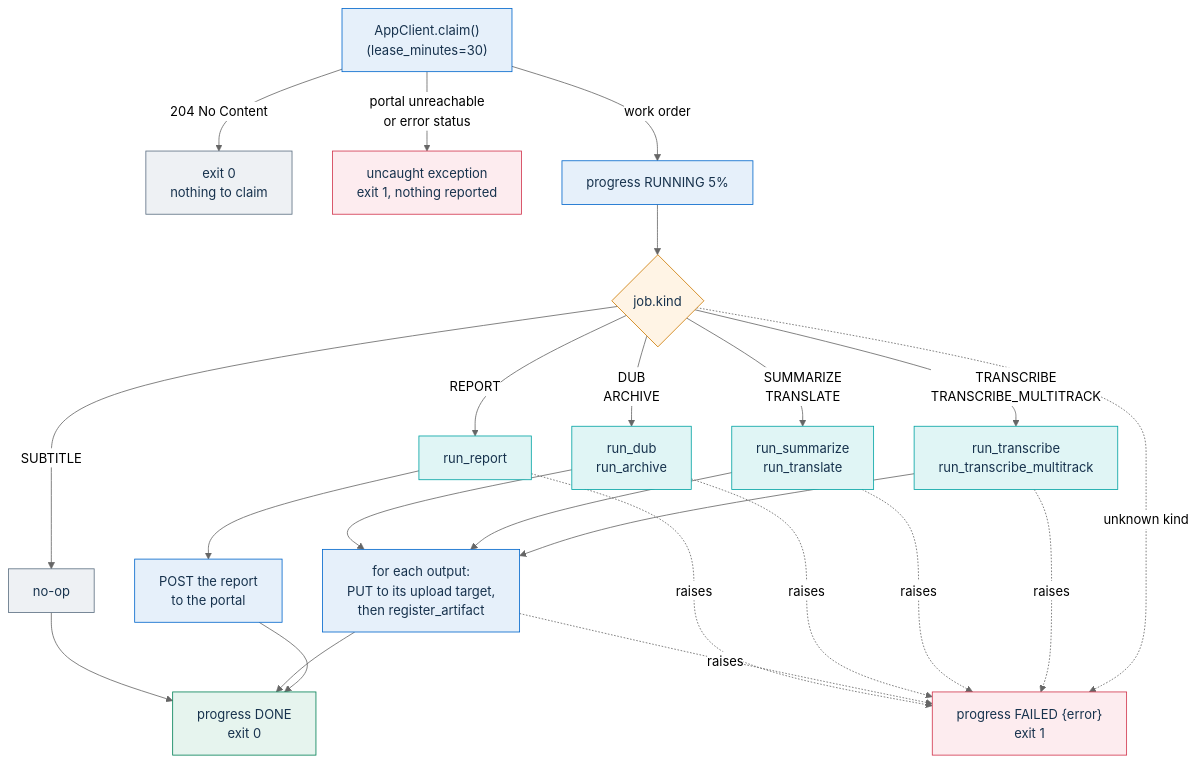
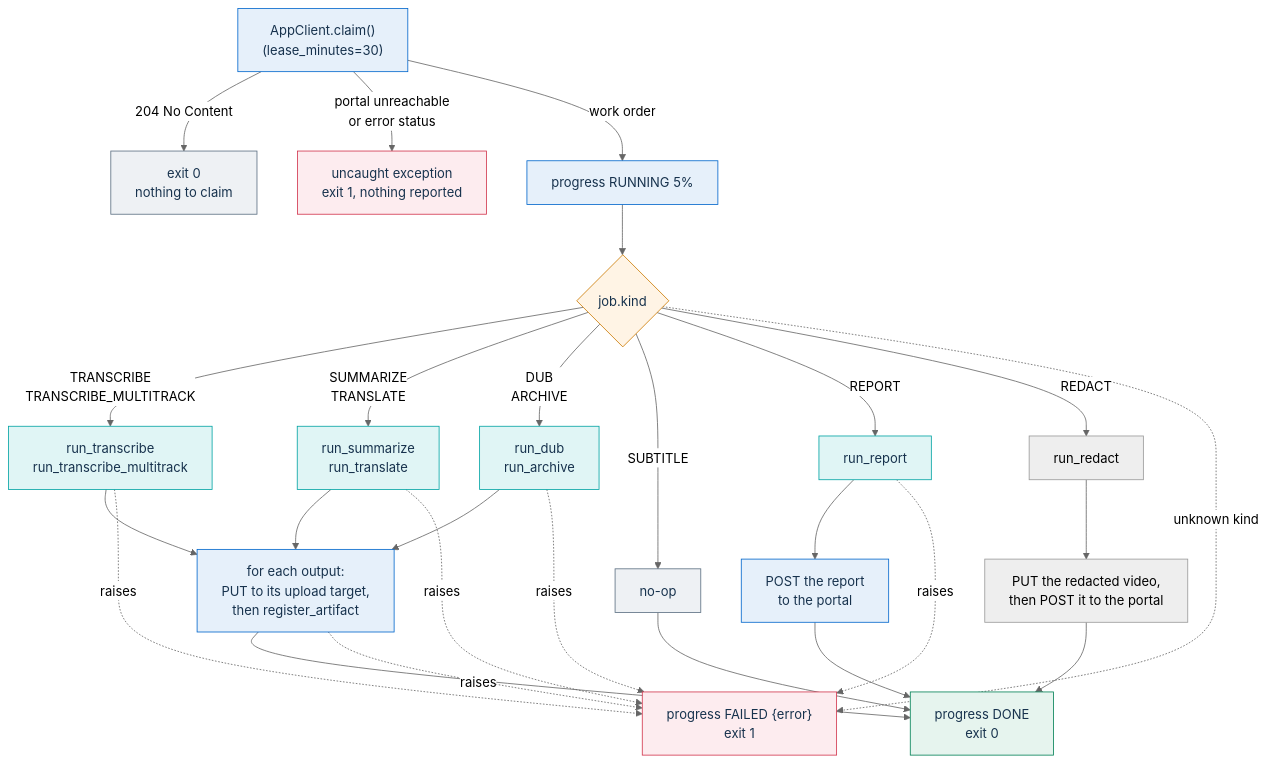
Before and after one commit to italia/pa-webinar: the first of 2 diagrams in infra/ai/worker/README.md, drawn with Mermaid (neutral theme). The commit also changed other lines of this file and 44 other files, not shown here.

````diff
--- a/infra/ai/worker/README.md
+++ b/infra/ai/worker/README.md
@@ -29,34 +29,37 @@
 ```mermaid
 flowchart TD
   claim["AppClient.claim()<br/>(lease_minutes=30)"]
   claim -- "204 No Content" --> idle["exit 0<br/>nothing to claim"]
   claim -- "portal unreachable<br/>or error status" --> crash["uncaught exception<br/>exit 1, nothing reported"]
   claim -- "work order" --> running["progress RUNNING 5%"]
   running --> kind{"job.kind"}
   kind -- "TRANSCRIBE<br/>TRANSCRIBE_MULTITRACK" --> asr["run_transcribe<br/>run_transcribe_multitrack"]
   kind -- "SUMMARIZE<br/>TRANSLATE" --> llm["run_summarize<br/>run_translate"]
   kind -- "DUB<br/>ARCHIVE" --> media["run_dub<br/>run_archive"]
   kind -- "SUBTITLE" --> noop["no-op"]
   kind -- "REPORT" --> report["run_report"]
   report --> deliver["POST the report<br/>to the portal"]
   deliver --> done
+  kind -- "REDACT" --> redact["run_redact"]
+  redact --> deliverv["PUT the redacted video,<br/>then POST it to the portal"]
+  deliverv --> done
   asr --> out["for each output:<br/>PUT to its upload target,<br/>then register_artifact"]
   llm --> out
   media --> out
   out --> done["progress DONE<br/>exit 0"]
   noop --> done
   kind -. "unknown kind" .-> failed["progress FAILED {error}<br/>exit 1"]
   asr & llm & media & out & report -. "raises" .-> failed
   classDef step fill:#E6F0FA,stroke:#0066CC,color:#17324D
   classDef handler fill:#E0F5F5,stroke:#00A3A3,color:#17324D
   classDef check fill:#FFF4E5,stroke:#CC7A00,color:#17324D
   classDef ok fill:#E6F4EE,stroke:#008055,color:#17324D
   classDef bad fill:#FDECEF,stroke:#D1344C,color:#17324D
   classDef neutral fill:#EEF1F4,stroke:#5C6F82,color:#17324D
   class claim,running,out,deliver step
   class asr,llm,media,report handler
   class kind check
   class done ok
   class failed,crash bad
   class idle,noop neutral
 ```
````
